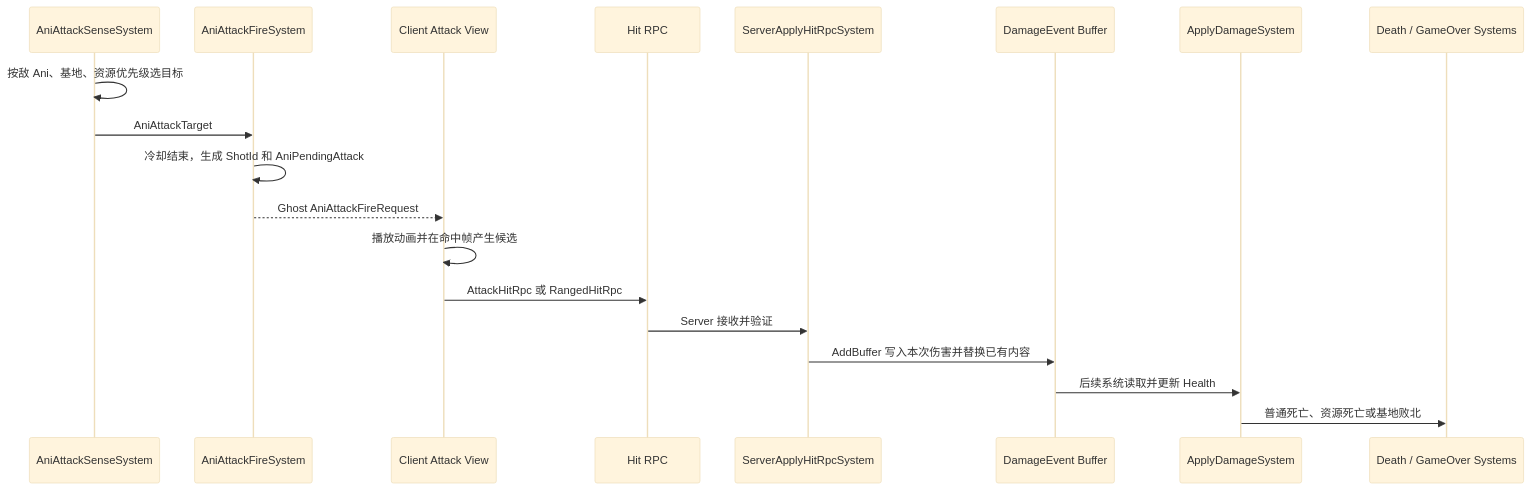
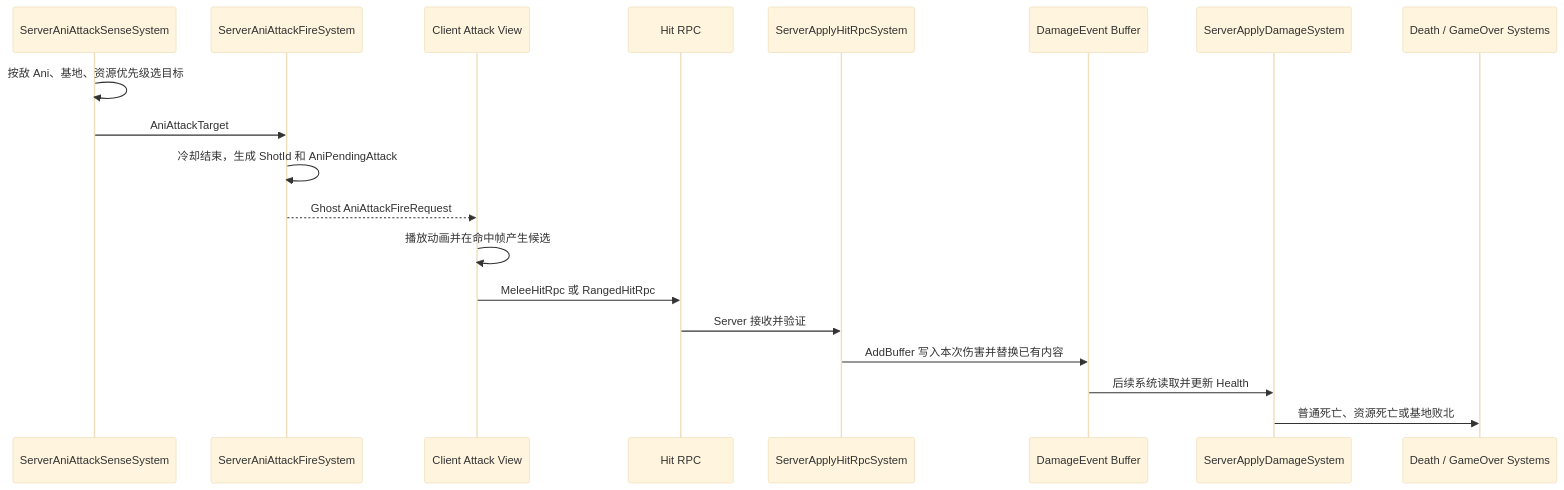
The fourth of 7 diagrams in docs/Architecture/05_GameplayFlows.md (mcaswen/AnimarsCatcher), drawn with Mermaid (base theme) before and after one commit. The commit also changed other lines of this file and 391 other files, not shown here.

````diff
--- a/docs/Architecture/05_GameplayFlows.md
+++ b/docs/Architecture/05_GameplayFlows.md
@@ -108,22 +108,22 @@
 ```mermaid
 sequenceDiagram
-    participant Sense as AniAttackSenseSystem
-    participant Fire as AniAttackFireSystem
+    participant Sense as ServerAniAttackSenseSystem
+    participant Fire as ServerAniAttackFireSystem
     participant ClientView as Client Attack View
     participant Rpc as Hit RPC
     participant Apply as ServerApplyHitRpcSystem
     participant Damage as DamageEvent Buffer
-    participant Health as ApplyDamageSystem
+    participant Health as ServerApplyDamageSystem
     participant Death as Death / GameOver Systems
 
     Sense->>Sense: 按敌 Ani、基地、资源优先级选目标
     Sense->>Fire: AniAttackTarget
     Fire->>Fire: 冷却结束，生成 ShotId 和 AniPendingAttack
     Fire-->>ClientView: Ghost AniAttackFireRequest
     ClientView->>ClientView: 播放动画并在命中帧产生候选
-    ClientView->>Rpc: AttackHitRpc 或 RangedHitRpc
+    ClientView->>Rpc: MeleeHitRpc 或 RangedHitRpc
     Rpc->>Apply: Server 接收并验证
     Apply->>Damage: AddBuffer 写入本次伤害并替换已有内容
     Damage->>Health: 后续系统读取并更新 Health
     Health->>Death: 普通死亡、资源死亡或基地败北
 ```
````
